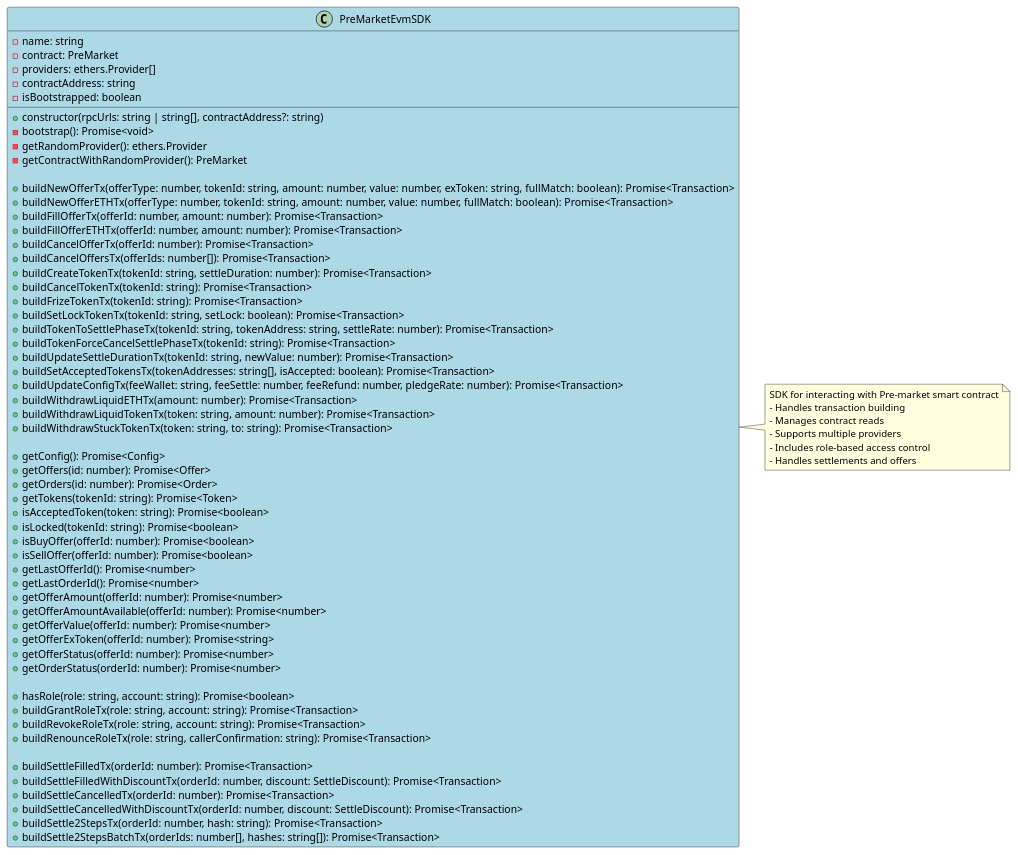
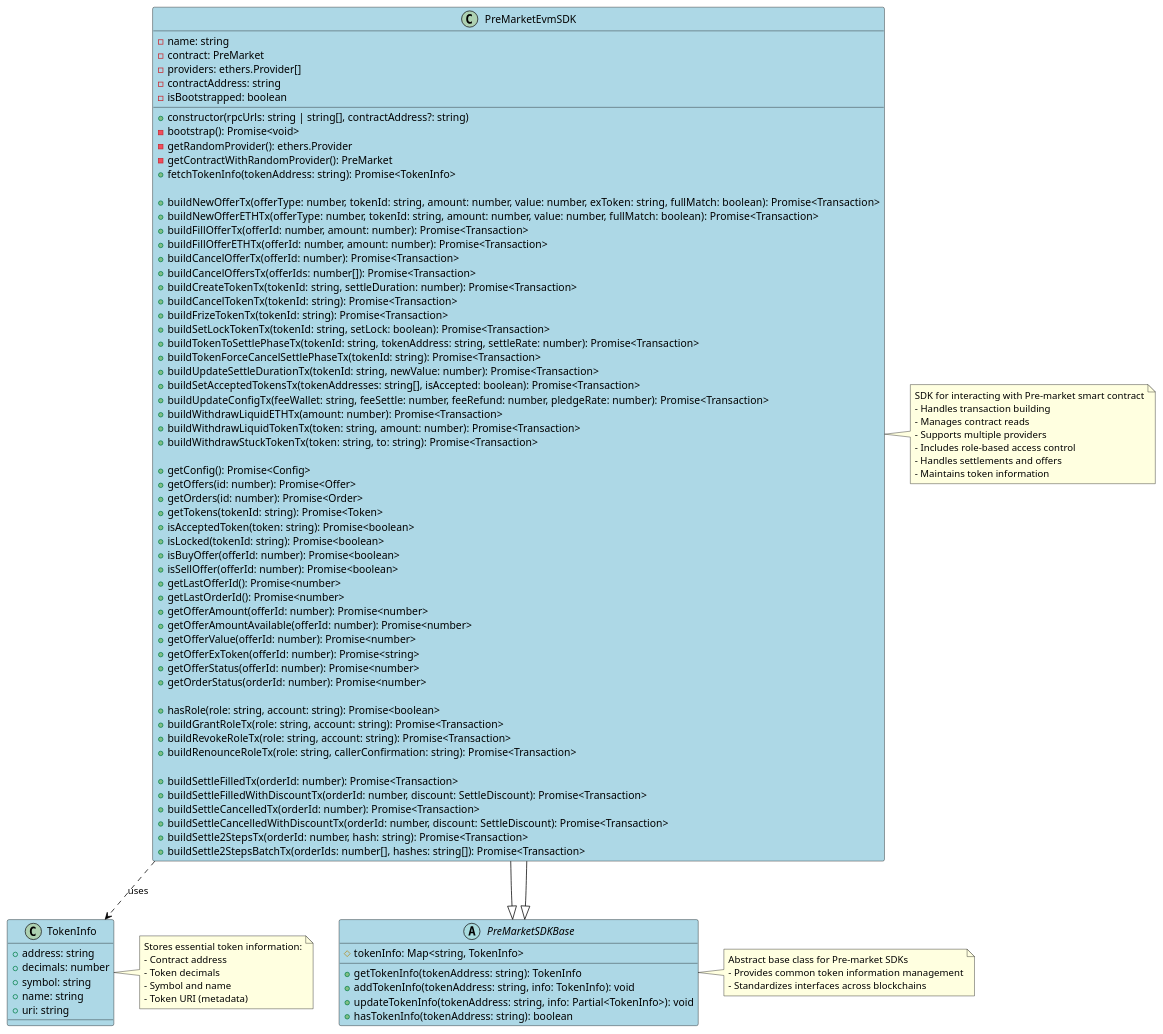
Before and after one commit to nierdna/hermit-diagrams: the diagram in whales/pre_market_evm_sdk_class.wsd, drawn with PlantUML. The commit also changed 2 other files, not shown here.

Commit message:
Add Token Information Management to Pre-market SDK Class Diagrams
Enhance SDK class diagrams with token information management:
- Introduce abstract PreMarketSDKBase class
- Add TokenInfo class to store token metadata
- Implement token information methods in EVM and Solana SDKs
- Update PreMarketUnified to support cross-blockchain token info caching
- Improve SDK flexibility and information retrieval capabilities

```diff
--- a/whales/pre_market_evm_sdk_class.wsd
+++ b/whales/pre_market_evm_sdk_class.wsd
@@ -1,90 +1,127 @@
 @startuml W-Pre-market EVM SDK Class Diagram
 
 ' Style
 skinparam class {
     BackgroundColor LightBlue
     BorderColor Black
     ArrowColor Black
 }
 
 skinparam note {
     BackgroundColor LightYellow
     BorderColor Black
 }
 
-class PreMarketEvmSDK {
+abstract class PreMarketSDKBase {
+    # tokenInfo: Map<string, TokenInfo>
+    
+    ' Token information structure
+    + getTokenInfo(tokenAddress: string): TokenInfo
+    + addTokenInfo(tokenAddress: string, info: TokenInfo): void
+    + updateTokenInfo(tokenAddress: string, info: Partial<TokenInfo>): void
+    + hasTokenInfo(tokenAddress: string): boolean
+}
+
+class TokenInfo {
+    + address: string
+    + decimals: number
+    + symbol: string
+    + name: string
+    + uri: string
+}
+
+class PreMarketEvmSDK extends PreMarketSDKBase {
     - name: string
     - contract: PreMarket
     - providers: ethers.Provider[]
     - contractAddress: string
     - isBootstrapped: boolean
 
     ' Constructor and initialization
     + constructor(rpcUrls: string | string[], contractAddress?: string)
     - bootstrap(): Promise<void>
     - getRandomProvider(): ethers.Provider
     - getContractWithRandomProvider(): PreMarket
+    + fetchTokenInfo(tokenAddress: string): Promise<TokenInfo>
 
     ' Transaction builders
     + buildNewOfferTx(offerType: number, tokenId: string, amount: number, value: number, exToken: string, fullMatch: boolean): Promise<Transaction>
     + buildNewOfferETHTx(offerType: number, tokenId: string, amount: number, value: number, fullMatch: boolean): Promise<Transaction>
     + buildFillOfferTx(offerId: number, amount: number): Promise<Transaction>
     + buildFillOfferETHTx(offerId: number, amount: number): Promise<Transaction>
     + buildCancelOfferTx(offerId: number): Promise<Transaction>
     + buildCancelOffersTx(offerIds: number[]): Promise<Transaction>
     + buildCreateTokenTx(tokenId: string, settleDuration: number): Promise<Transaction>
     + buildCancelTokenTx(tokenId: string): Promise<Transaction>
     + buildFrizeTokenTx(tokenId: string): Promise<Transaction>
     + buildSetLockTokenTx(tokenId: string, setLock: boolean): Promise<Transaction>
     + buildTokenToSettlePhaseTx(tokenId: string, tokenAddress: string, settleRate: number): Promise<Transaction>
     + buildTokenForceCancelSettlePhaseTx(tokenId: string): Promise<Transaction>
     + buildUpdateSettleDurationTx(tokenId: string, newValue: number): Promise<Transaction>
     + buildSetAcceptedTokensTx(tokenAddresses: string[], isAccepted: boolean): Promise<Transaction>
     + buildUpdateConfigTx(feeWallet: string, feeSettle: number, feeRefund: number, pledgeRate: number): Promise<Transaction>
     + buildWithdrawLiquidETHTx(amount: number): Promise<Transaction>
     + buildWithdrawLiquidTokenTx(token: string, amount: number): Promise<Transaction>
     + buildWithdrawStuckTokenTx(token: string, to: string): Promise<Transaction>
 
     ' Read methods
     + getConfig(): Promise<Config>
     + getOffers(id: number): Promise<Offer>
     + getOrders(id: number): Promise<Order>
     + getTokens(tokenId: string): Promise<Token>
     + isAcceptedToken(token: string): Promise<boolean>
     + isLocked(tokenId: string): Promise<boolean>
     + isBuyOffer(offerId: number): Promise<boolean>
     + isSellOffer(offerId: number): Promise<boolean>
     + getLastOfferId(): Promise<number>
     + getLastOrderId(): Promise<number>
     + getOfferAmount(offerId: number): Promise<number>
     + getOfferAmountAvailable(offerId: number): Promise<number>
     + getOfferValue(offerId: number): Promise<number>
     + getOfferExToken(offerId: number): Promise<string>
     + getOfferStatus(offerId: number): Promise<number>
     + getOrderStatus(orderId: number): Promise<number>
 
     ' Role management
     + hasRole(role: string, account: string): Promise<boolean>
     + buildGrantRoleTx(role: string, account: string): Promise<Transaction>
     + buildRevokeRoleTx(role: string, account: string): Promise<Transaction>
     + buildRenounceRoleTx(role: string, callerConfirmation: string): Promise<Transaction>
 
     ' Settlement methods
     + buildSettleFilledTx(orderId: number): Promise<Transaction>
     + buildSettleFilledWithDiscountTx(orderId: number, discount: SettleDiscount): Promise<Transaction>
     + buildSettleCancelledTx(orderId: number): Promise<Transaction>
     + buildSettleCancelledWithDiscountTx(orderId: number, discount: SettleDiscount): Promise<Transaction>
     + buildSettle2StepsTx(orderId: number, hash: string): Promise<Transaction>
     + buildSettle2StepsBatchTx(orderIds: number[], hashes: string[]): Promise<Transaction>
 }
 
+PreMarketEvmSDK --|> PreMarketSDKBase
+PreMarketEvmSDK ..> TokenInfo : uses
+
 note right of PreMarketEvmSDK
   SDK for interacting with Pre-market smart contract
   - Handles transaction building
   - Manages contract reads
   - Supports multiple providers
   - Includes role-based access control
   - Handles settlements and offers
+  - Maintains token information
+end note
+
+note right of TokenInfo
+  Stores essential token information:
+  - Contract address
+  - Token decimals
+  - Symbol and name
+  - Token URI (metadata)
+end note
+
+note right of PreMarketSDKBase
+  Abstract base class for Pre-market SDKs
+  - Provides common token information management
+  - Standardizes interfaces across blockchains
 end note
 
 @enduml 
```
